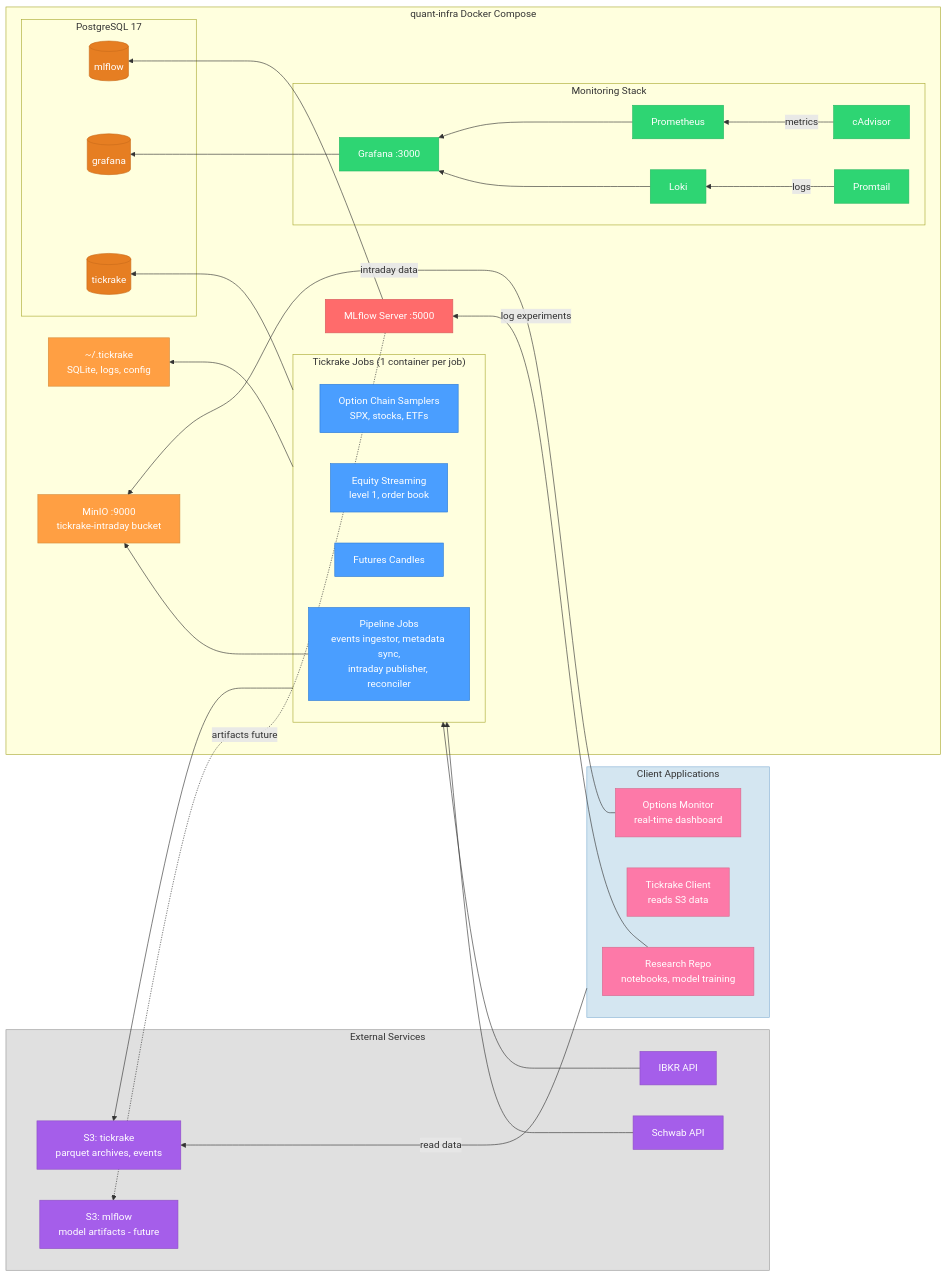
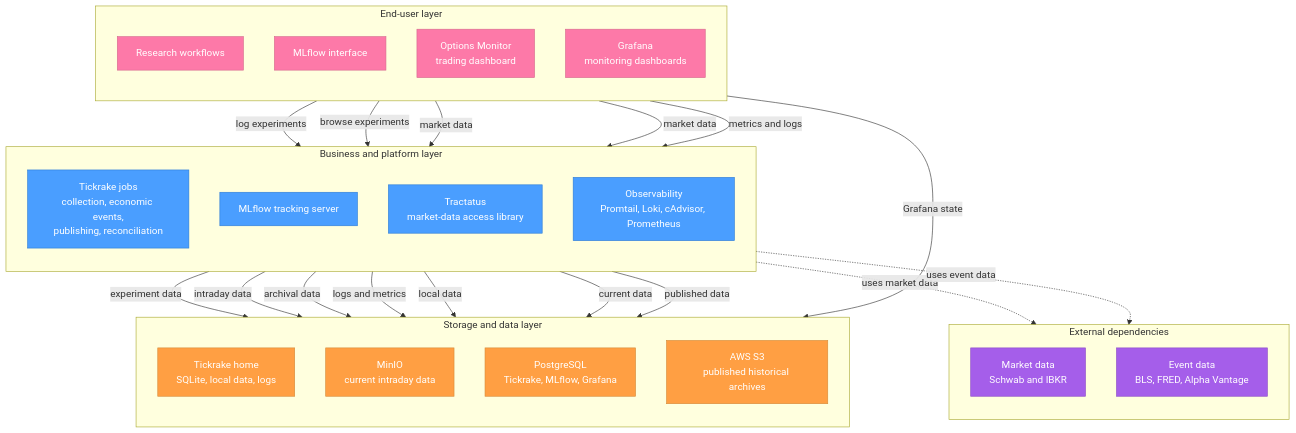
The diagram in docs/architecture-diagram.md (jwplatta/quant-infra), drawn with Mermaid before and after one commit. The commit also changed other lines of this file, not shown here.

Commit message:
add layers to architecture diagram

````diff
--- a/docs/architecture-diagram.md
+++ b/docs/architecture-diagram.md
@@ -3,84 +3,60 @@
 ```mermaid
-graph RL
-    subgraph external["External Services"]
-        schwab["Schwab API"]
-        ibkr["IBKR API"]
-        s3_tickrake["S3: tickrake<br/>parquet archives, events"]
-        s3_mlflow["S3: mlflow<br/>model artifacts - future"]
+flowchart TB
+    subgraph users["End-user layer"]
+        direction TB
+        research["Research workflows"]
+        mlflowInterface["MLflow interface"]
+        trading["Options Monitor<br/>trading dashboard"]
+        operations["Grafana<br/>monitoring dashboards"]
     end
 
-    subgraph quant_infra["quant-infra Docker Compose"]
-
-        subgraph tickrake_jobs["Tickrake Jobs (1 container per job)"]
-            options_sampler["Option Chain Samplers<br/>SPX, stocks, ETFs"]
-            equity_streaming["Equity Streaming<br/>level 1, order book"]
-            futures_job["Futures Candles"]
-            pipeline["Pipeline Jobs<br/>events ingestor, metadata sync,<br/>intraday publisher, reconciler"]
-        end
-
-        subgraph postgres_cluster["PostgreSQL 17"]
-            pg_mlflow[("mlflow")]
-            pg_grafana[("grafana")]
-            pg_tickrake[("tickrake")]
-        end
-
-        tickrake_home["~/.tickrake<br/>SQLite, logs, config"]
-        minio["MinIO :9000<br/>tickrake-intraday bucket"]
-
-        subgraph monitoring["Monitoring Stack"]
-            grafana["Grafana :3000"]
-            prometheus["Prometheus"]
-            loki["Loki"]
-            promtail["Promtail"]
-            cadvisor["cAdvisor"]
-        end
-
-        mlflow["MLflow Server :5000"]
+    subgraph services["Business and platform layer"]
+        direction TB
+        tickrake["Tickrake jobs<br/>collection, economic events,<br/>publishing, reconciliation"]
+        mlflowTracking["MLflow tracking server"]
+        tractatus["Tractatus<br/>market-data access library"]
+        observability["Observability<br/>Promtail, Loki, cAdvisor, Prometheus"]
     end
 
-    subgraph clients["Client Applications"]
-        research["Research Repo<br/>notebooks, model training"]
-        tickrake_client["Tickrake Client<br/>reads S3 data"]
-        options_monitor["Options Monitor<br/>real-time dashboard"]
+    subgraph storage["Storage and data layer"]
+        direction TB
+        tickrakeHome["Tickrake home<br/>SQLite, local data, logs"]
+        minio["MinIO<br/>current intraday data"]
+        postgres["PostgreSQL<br/>Tickrake, MLflow, Grafana"]
+        s3["AWS S3<br/>published historical archives"]
     end
 
-    schwab --> tickrake_jobs
-    ibkr --> tickrake_jobs
+    subgraph external["External dependencies"]
+        direction TB
+        marketData["Market data<br/>Schwab and IBKR"]
+        eventData["Event data<br/>BLS, FRED, Alpha Vantage"]
+    end
 
-    tickrake_jobs --> s3_tickrake
-    tickrake_jobs --> tickrake_home
-    tickrake_jobs --> pg_tickrake
-    pipeline --> minio
+    research -->|"log experiments"| mlflowTracking
+    mlflowInterface -->|"browse experiments"| mlflowTracking
+    research -->|"market data"| tractatus
+    trading -->|"market data"| tractatus
+    operations -->|"metrics and logs"| observability
+    operations -->|"Grafana state"| postgres
 
-    promtail -->|logs| loki
-    cadvisor -->|metrics| prometheus
-    loki --> grafana
-    prometheus --> grafana
-    grafana --> pg_grafana
+    mlflowTracking -->|"experiment data"| postgres
+    tractatus -->|"intraday data"| minio
+    tractatus -->|"archival data"| s3
+    observability -->|"logs and metrics"| tickrakeHome
+    tickrake -->|"local data"| tickrakeHome
+    tickrake -->|"current data"| minio
+    tickrake -->|"published data"| s3
 
-    mlflow --> pg_mlflow
-    mlflow -.->|artifacts future| s3_mlflow
+    tickrake -.->|"uses market data"| marketData
+    tickrake -.->|"uses event data"| eventData
 
-    research -->|log experiments| mlflow
-    clients -->|read data| s3_tickrake
-    options_monitor -->|intraday data| minio
+    classDef user fill:#fd79a8,stroke:#d66a8e,color:#fff
+    classDef service fill:#4a9eff,stroke:#2d7cd6,color:#fff
+    classDef data fill:#ff9f43,stroke:#d68c3a,color:#fff
+    classDef dependency fill:#a55eea,stroke:#8e4ec6,color:#fff
 
-    classDef job fill:#4a9eff,stroke:#2d7cd6,color:#fff
-    classDef store fill:#ff9f43,stroke:#d68c3a,color:#fff
-    classDef db fill:#e67e22,stroke:#c96b1a,color:#fff
-    classDef monitor fill:#2ed573,stroke:#26b862,color:#fff
-    classDef ext fill:#a55eea,stroke:#8e4ec6,color:#fff
-    classDef app fill:#ff6b6b,stroke:#d65c5c,color:#fff
-    classDef client fill:#fd79a8,stroke:#d66a8e,color:#fff
-
-    class options_sampler,equity_streaming,futures_job,pipeline job
-    class minio,tickrake_home store
-    class pg_mlflow,pg_grafana,pg_tickrake db
-    class grafana,prometheus,loki,promtail,cadvisor monitor
-    class schwab,ibkr,s3_tickrake,s3_mlflow ext
-    class mlflow app
-    class research,tickrake_client,options_monitor client
-
-    style external fill:#e0e0e0,stroke:#999,color:#333
-    style clients fill:#d4e6f1,stroke:#85b1d4,color:#333
+    class research,mlflowInterface,trading,operations user
+    class tickrake,mlflowTracking,tractatus,observability service
+    class tickrakeHome,minio,postgres,s3 data
+    class marketData,eventData dependency
 ```
````
